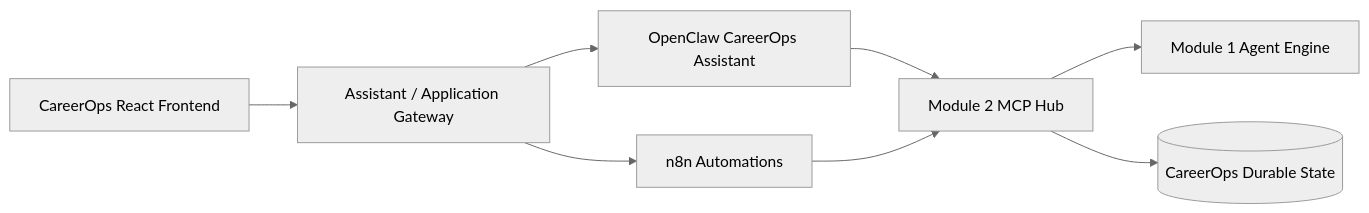
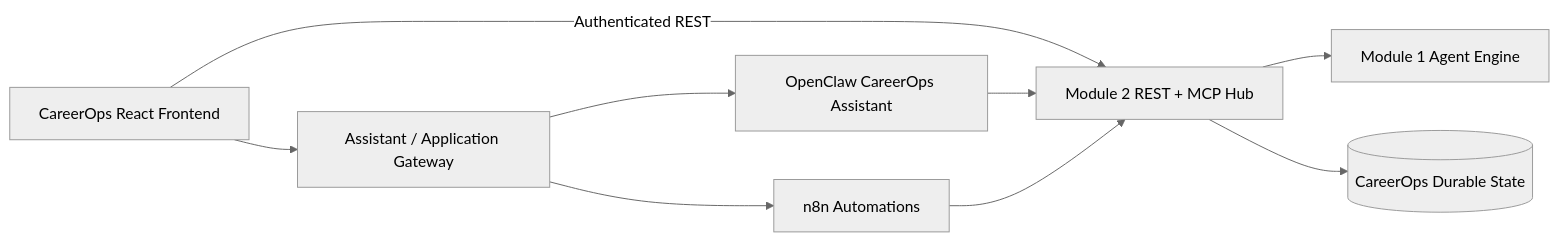
Before and after one commit to ha7n23/careerops-automation-mcp-hub: the sixth of 6 diagrams in docs/ARCHITECTURE.md, drawn with Mermaid (neutral theme). The commit also changed other lines of this file and 4 other files, not shown here.

````diff
--- a/docs/ARCHITECTURE.md
+++ b/docs/ARCHITECTURE.md
@@ -818,18 +859,19 @@
 ```mermaid
 flowchart LR
     UI[CareerOps React Frontend]
     GW[Assistant / Application Gateway]
     OC[OpenClaw CareerOps Assistant]
     N[n8n Automations]
-    MCP[Module 2 MCP Hub]
+    HUB[Module 2 REST + MCP Hub]
     M1[Module 1 Agent Engine]
     DB[(CareerOps Durable State)]
 
+    UI -->|Authenticated REST| HUB
     UI --> GW
     GW --> OC
     GW --> N
-    OC --> MCP
-    N --> MCP
-    MCP --> M1
-    MCP --> DB
+    OC --> HUB
+    N --> HUB
+    HUB --> M1
+    HUB --> DB
 ```
````
